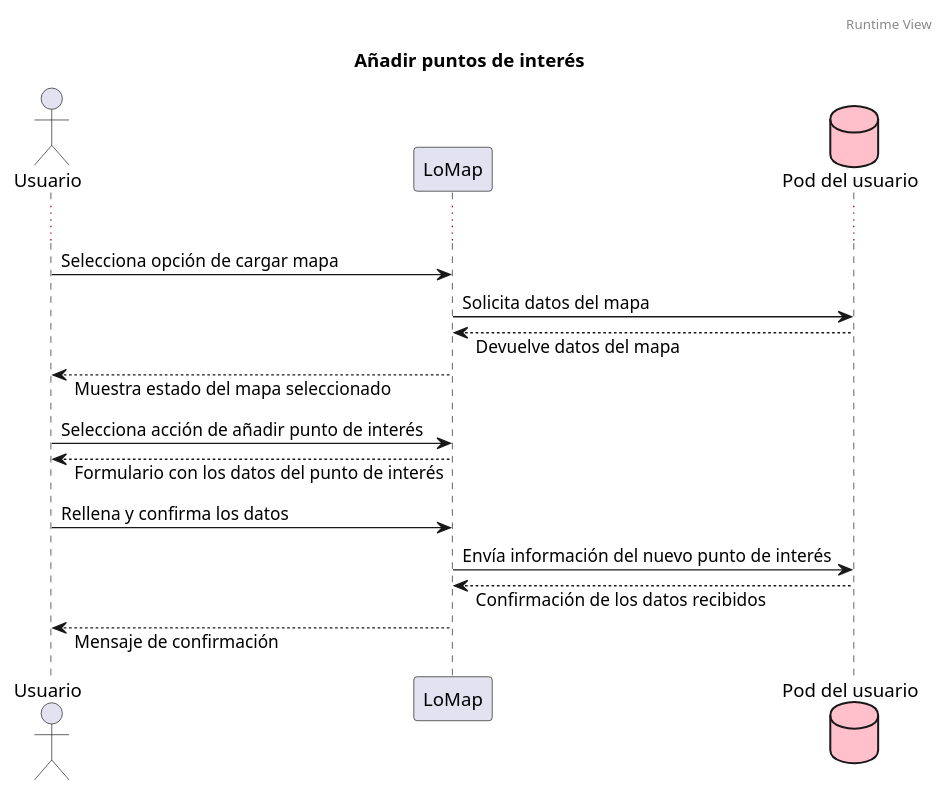
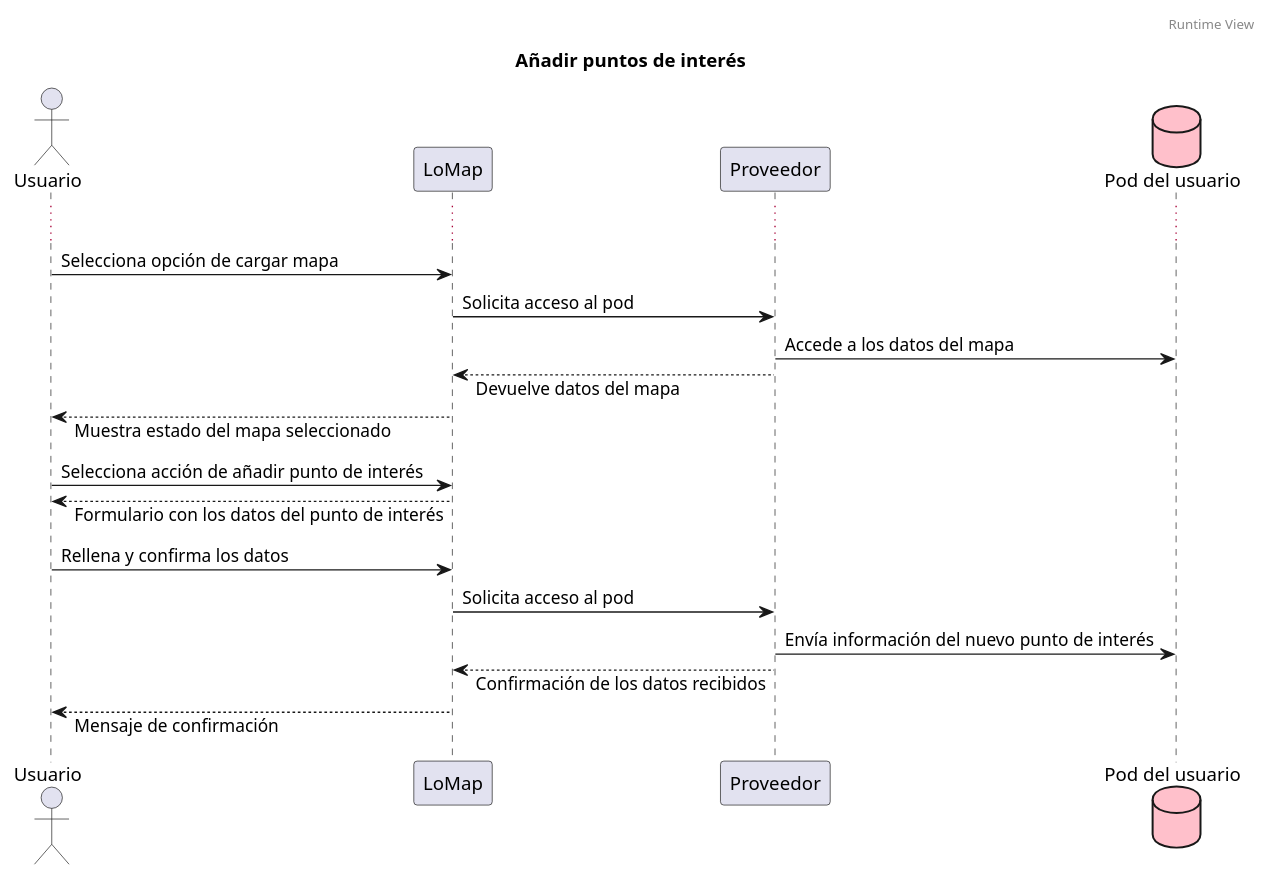
One commit to Arquisoft/lomap_es4b changed the second of 3 diagrams in docs/06_runtime_view.adoc. Above: the diagram before and after it, drawn with PlantUML. The commit also changed other lines of this file and 1 other file, not shown here.

```diff
--- a/docs/06_runtime_view.adoc
+++ b/docs/06_runtime_view.adoc
@@ -68,31 +69,34 @@
 [plantuml,"Añadir restaurante",png]
 ----
 header Runtime View
 title Añadir puntos de interés
 
 Actor Usuario
 Participant LoMap
+Participant Proveedor
 Database Pod as "Pod del usuario" #pink
 
 skinparam responseMessageBelowArrow true
 
 ...
 
 Usuario -> LoMap: Selecciona opción de cargar mapa
 
-LoMap -> Pod: Solicita datos del mapa
-LoMap <-- Pod: Devuelve datos del mapa
+LoMap -> Proveedor: Solicita acceso al pod
+Proveedor -> Pod: Accede a los datos del mapa
+LoMap <-- Proveedor: Devuelve datos del mapa
 
 Usuario <-- LoMap: Muestra estado del mapa seleccionado
 
 
 Usuario -> LoMap: Selecciona acción de añadir punto de interés
 Usuario <-- LoMap: Formulario con los datos del punto de interés
 
 Usuario -> LoMap: Rellena y confirma los datos
-LoMap -> Pod: Envía información del nuevo punto de interés
+LoMap -> Proveedor: Solicita acceso al pod
+Proveedor -> Pod: Envía información del nuevo punto de interés
 
-LoMap <-- Pod: Confirmación de los datos recibidos
+LoMap <-- Proveedor: Confirmación de los datos recibidos
 Usuario <-- LoMap: Mensaje de confirmación
 
 ----
```
